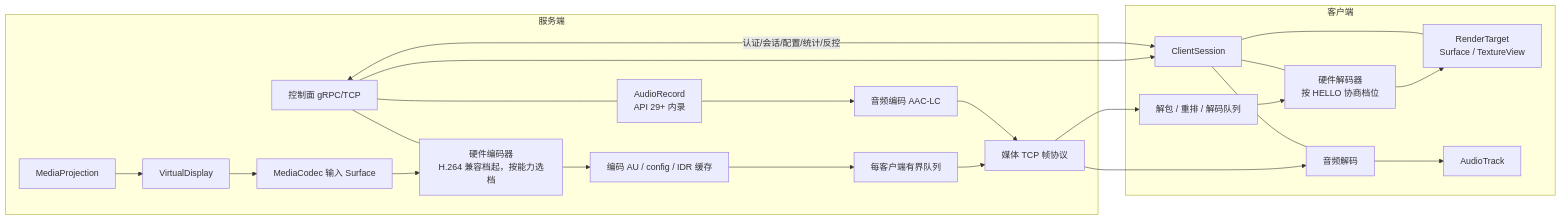
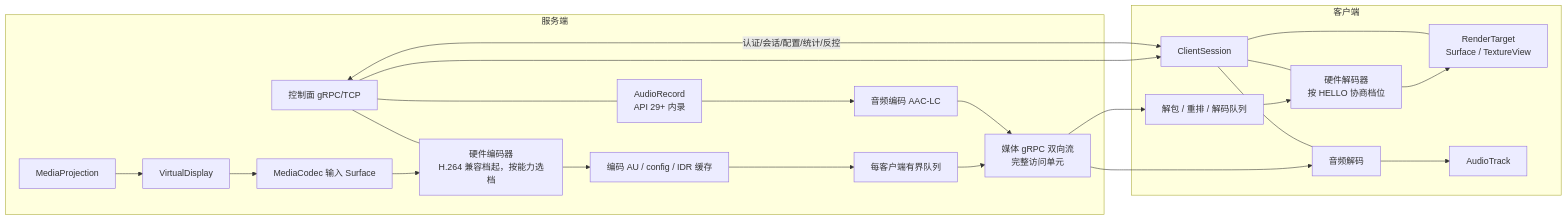
The first of 8 diagrams in docs/media-architecture.md (obby-xiang/LocalScreenShareAndroid), drawn with Mermaid before and after one commit. The commit also changed other lines of this file and 6 other files, not shown here.

````diff
--- a/docs/media-architecture.md
+++ b/docs/media-architecture.md
@@ -37,30 +38,30 @@
 ```mermaid
 flowchart LR
     subgraph Server[服务端]
         MP[MediaProjection] --> VD[VirtualDisplay]
         VD --> IS[MediaCodec 输入 Surface]
         IS --> ENC[硬件编码器<br/>H.264 兼容档起，按能力选档]
         ENC --> AU[编码 AU / config / IDR 缓存]
         AU --> FAN[每客户端有界队列]
-        FAN --> MT[媒体 TCP 帧协议]
+        FAN --> MT[媒体 gRPC 双向流<br/>完整访问单元]
         CP[控制面 gRPC/TCP]
         AUD[AudioRecord<br/>API 29+ 内录] --> AC[音频编码 AAC-LC]
         AC --> MT
         CP --- ENC
         CP --- AUD
     end
 
     subgraph Client[客户端]
         MT --> DQ[解包 / 重排 / 解码队列]
         DQ --> DEC[硬件解码器<br/>按 HELLO 协商档位]
         DEC --> RT[RenderTarget<br/>Surface / TextureView]
         MT --> AD[音频解码]
         AD --> AT[AudioTrack]
         CP --> CS[ClientSession]
         CS --- DEC
         CS --- AD
         CS --- RT
     end
 
     CP <-->|认证/会话/配置/统计/反控| CS
 ```
````
